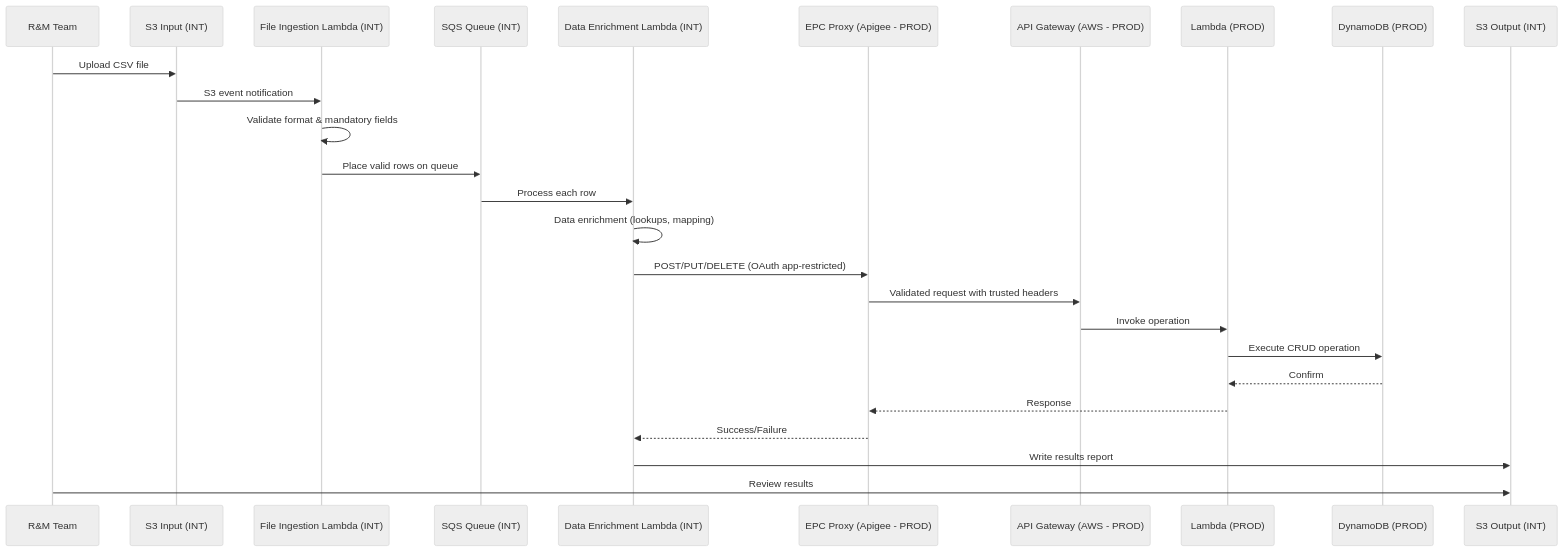
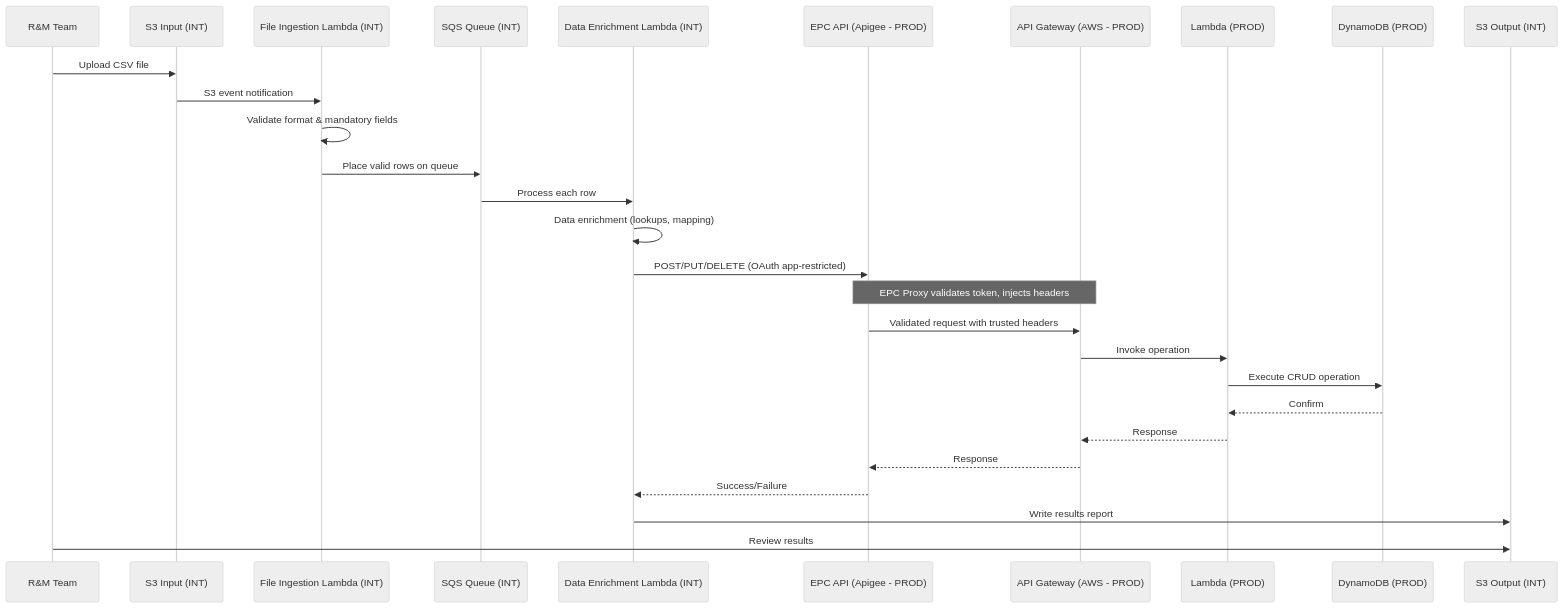
Before and after one commit to RichardWardNHSD/epc-work: the fourth of 5 diagrams in Documents/architecture.md, drawn with Mermaid (neutral theme). The commit also changed other lines of this file, not shown here.

````diff
--- a/Documents/architecture.md
+++ b/Documents/architecture.md
@@ -394,29 +396,31 @@
 ```mermaid
 sequenceDiagram
     participant RM as R&M Team
     participant S3_IN as S3 Input (INT)
     participant INGEST as File Ingestion Lambda (INT)
     participant SQS as SQS Queue (INT)
     participant ENRICH as Data Enrichment Lambda (INT)
-    participant EPC_PROXY as EPC Proxy (Apigee - PROD)
+    participant EPC_API as EPC API (Apigee - PROD)
     participant APIGW as API Gateway (AWS - PROD)
     participant Lambda as Lambda (PROD)
     participant DDB as DynamoDB (PROD)
     participant S3_OUT as S3 Output (INT)
 
     RM->>S3_IN: Upload CSV file
     S3_IN->>INGEST: S3 event notification
     INGEST->>INGEST: Validate format & mandatory fields
     INGEST->>SQS: Place valid rows on queue
     SQS->>ENRICH: Process each row
     ENRICH->>ENRICH: Data enrichment (lookups, mapping)
-    ENRICH->>EPC_PROXY: POST/PUT/DELETE (OAuth app-restricted)
-    EPC_PROXY->>APIGW: Validated request with trusted headers
+    ENRICH->>EPC_API: POST/PUT/DELETE (OAuth app-restricted)
+    Note over EPC_API,APIGW: EPC Proxy validates token, injects headers
+    EPC_API->>APIGW: Validated request with trusted headers
     APIGW->>Lambda: Invoke operation
     Lambda->>DDB: Execute CRUD operation
     DDB-->>Lambda: Confirm
-    Lambda-->>EPC_PROXY: Response
-    EPC_PROXY-->>ENRICH: Success/Failure
+    Lambda-->>APIGW: Response
+    APIGW-->>EPC_API: Response
+    EPC_API-->>ENRICH: Success/Failure
     ENRICH->>S3_OUT: Write results report
     RM->>S3_OUT: Review results
 ```
````
